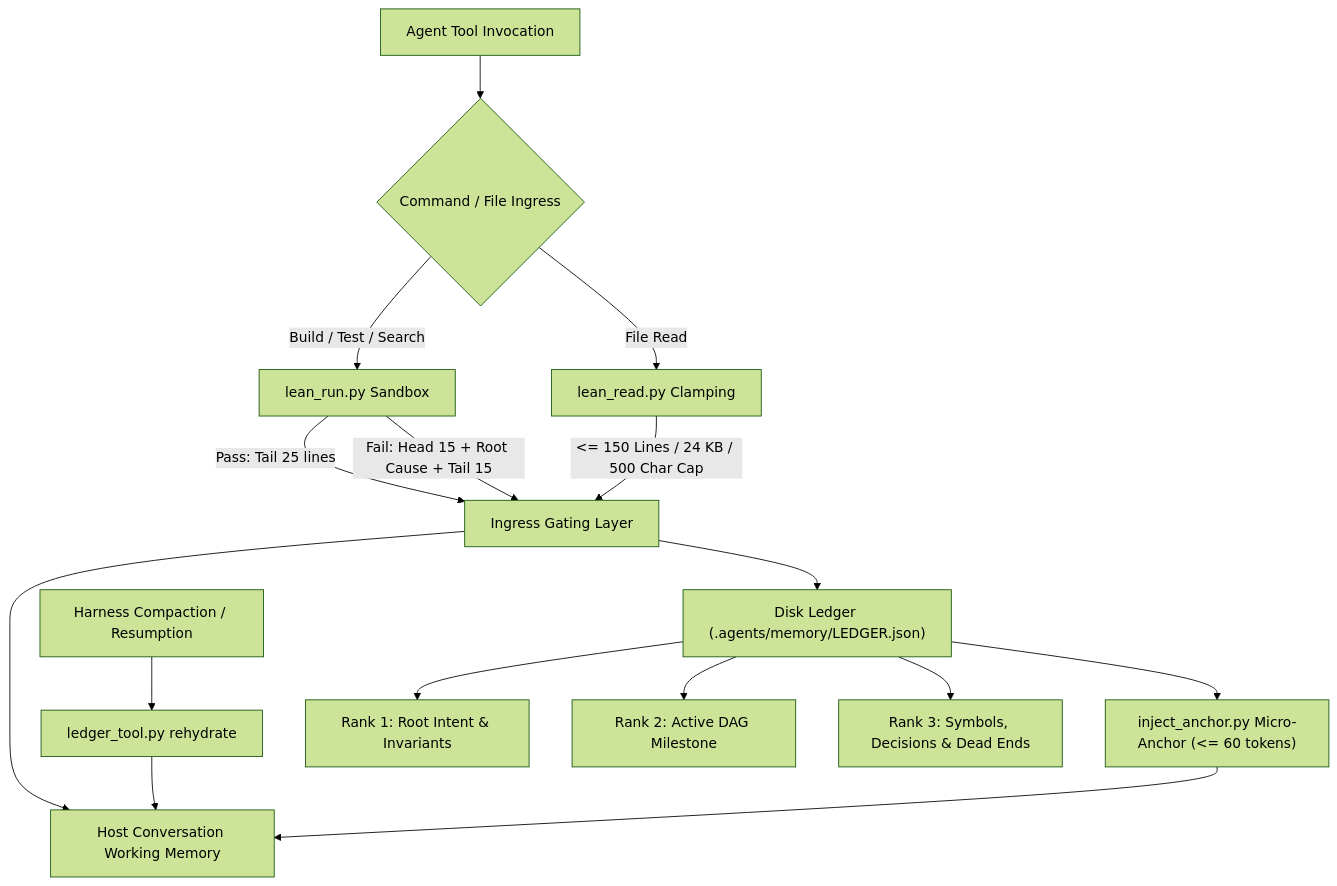
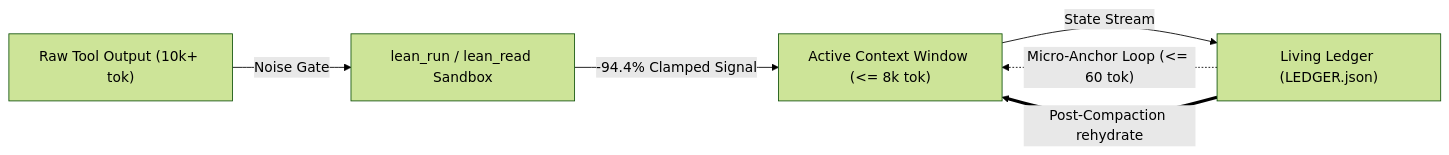
One commit to akshayskhurd/agent-skills changed the diagram in skills/leanctx/README.md. Above: the diagram before and after it, drawn with Mermaid (forest theme). The commit also changed other lines of this file and 3 other files, not shown here.

Commit message:
docs(leanctx): add high-level Level-1 executive architecture diagram

````diff
--- a/skills/leanctx/README.md
+++ b/skills/leanctx/README.md
@@ -12,18 +12,8 @@
 ```mermaid
-flowchart TD
-    A["Agent Tool Invocation"] --> B{"Command / File Ingress"}
-    B -->|"Build / Test / Search"| C["lean_run.py Sandbox"]
-    B -->|"File Read"| D["lean_read.py Clamping"]
-    C -->|"Pass: Tail 25 lines"| E["Ingress Gating Layer"]
-    C -->|"Fail: Head 15 + Root Cause + Tail 15"| E
-    D -->|"<= 150 Lines / 24 KB / 500 Char Cap"| E
-    E --> F["Host Conversation Working Memory"]
-    E --> G["Disk Ledger (.agents/memory/LEDGER.json)"]
-    G --> H["Rank 1: Root Intent & Invariants"]
-    G --> I["Rank 2: Active DAG Milestone"]
-    G --> J["Rank 3: Symbols, Decisions & Dead Ends"]
-    G --> K["inject_anchor.py Micro-Anchor (<= 60 tokens)"]
-    K --> F
-    L["Harness Compaction / Resumption"] --> M["ledger_tool.py rehydrate"]
-    M --> F
+flowchart LR
+    A["Raw Tool Output (10k+ tok)"] -->|"Noise Gate"| B["lean_run / lean_read Sandbox"]
+    B -->|"-94.4% Clamped Signal"| C["Active Context Window (&lt;= 8k tok)"]
+    C -->|"State Stream"| D["Living Ledger (LEDGER.json)"]
+    D -.->|"Micro-Anchor Loop (&lt;= 60 tok)"| C
+    D ==>|"Post-Compaction rehydrate"| C
 ```
````
